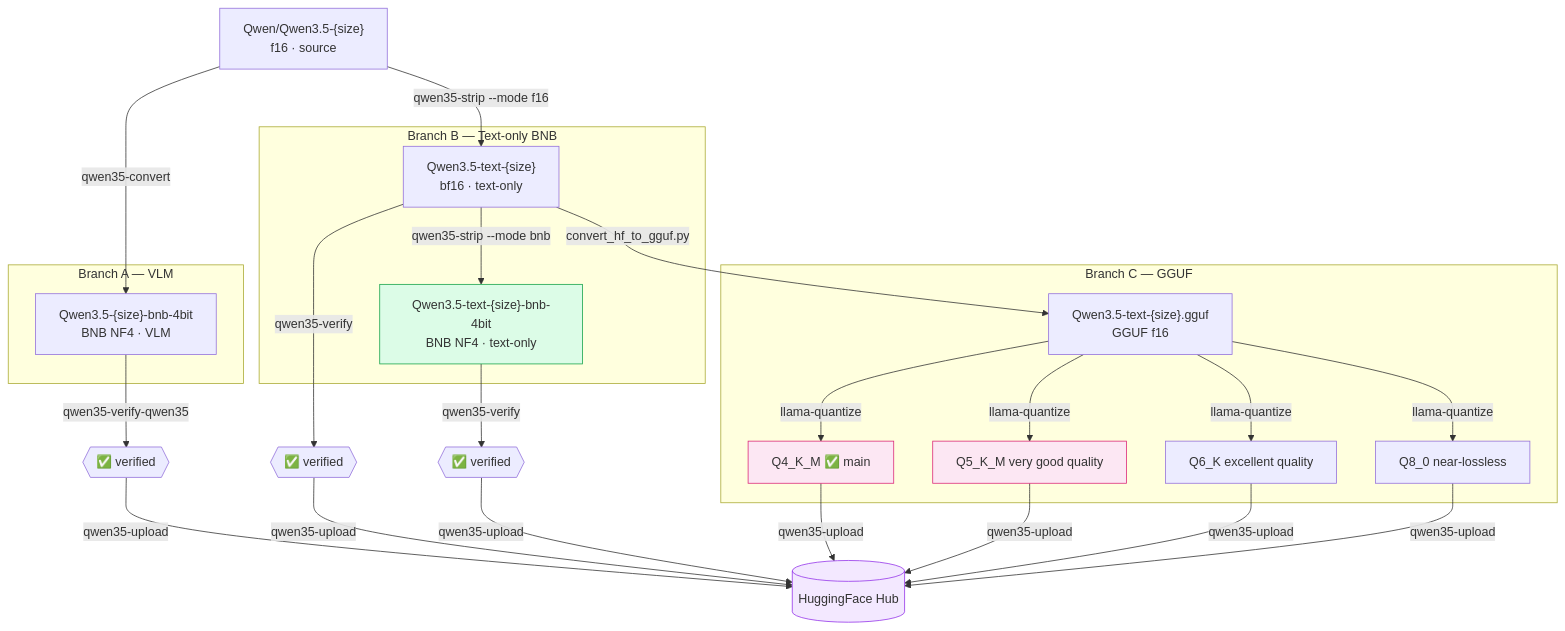
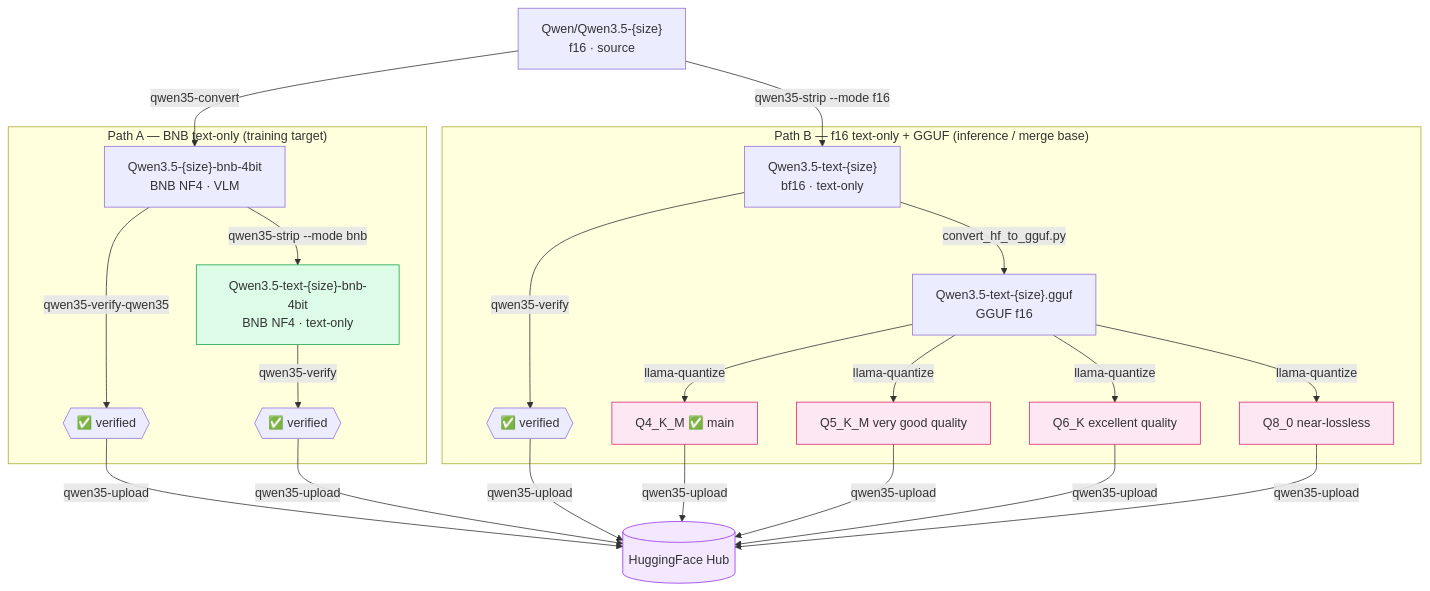
One commit to techwithsergiu/qwen35-toolkit changed the second of 2 diagrams in README.md. Above: the diagram before and after it, drawn with Mermaid. The commit also changed other lines of this file and 6 other files, not shown here.

First line of the commit message:
docs: update pipeline diagram and cross-repo links

````diff
--- a/README.md
+++ b/README.md
@@ -144,47 +154,49 @@
 ```mermaid
 flowchart TD
     SRC["Qwen/Qwen3.5-{size}<br/>f16 · source"]
 
-    subgraph BRANCH_A ["Branch A — VLM"]
+    subgraph PATH_A ["Path A — BNB text-only  (training target)"]
         BNBVLM["Qwen3.5-{size}-bnb-4bit<br/>BNB NF4 · VLM"]
+        TEXTBNB["Qwen3.5-text-{size}-bnb-4bit<br/>BNB NF4 · text-only"]
+        V1{{"✅ verified"}}
+        V3{{"✅ verified"}}
+        BNBVLM -->|"qwen35-strip --mode bnb"| TEXTBNB
+        BNBVLM -->|"qwen35-verify-qwen35"| V1
+        TEXTBNB -->|"qwen35-verify"| V3
     end
 
-    subgraph BRANCH_B ["Branch B — Text-only BNB"]
+    subgraph PATH_B ["Path B — f16 text-only + GGUF  (inference / merge base)"]
         TEXTF16["Qwen3.5-text-{size}<br/>bf16 · text-only"]
-        TEXTBNB["Qwen3.5-text-{size}-bnb-4bit<br/>BNB NF4 · text-only"]
-        TEXTF16 -->|"qwen35-strip --mode bnb"| TEXTBNB
-    end
-
-    subgraph BRANCH_C ["Branch C — GGUF"]
+        V2{{"✅ verified"}}
         GGUUF16["Qwen3.5-text-{size}.gguf<br/>GGUF f16"]
         Q4["Q4_K_M ✅ main"]
         Q5KM["Q5_K_M very good quality"]
         Q6K["Q6_K excellent quality"]
         Q8["Q8_0 near-lossless"]
+        TEXTF16 -->|"qwen35-verify"| V2
+        TEXTF16 -->|"convert_hf_to_gguf.py"| GGUUF16
         GGUUF16 -->|"llama-quantize"| Q4
         GGUUF16 -->|"llama-quantize"| Q5KM
         GGUUF16 -->|"llama-quantize"| Q6K
         GGUUF16 -->|"llama-quantize"| Q8
     end
 
+    HUB[("HuggingFace Hub")]
+
     SRC -->|"qwen35-convert"| BNBVLM
     SRC -->|"qwen35-strip --mode f16"| TEXTF16
-    TEXTF16 -->|"convert_hf_to_gguf.py"| GGUUF16
-
-    BNBVLM -->|"qwen35-verify-qwen35"| V1{{"✅ verified"}}
-    TEXTF16 -->|"qwen35-verify"| V2{{"✅ verified"}}
-    TEXTBNB -->|"qwen35-verify"| V3{{"✅ verified"}}
-
-    V1 -->|"qwen35-upload"| HUB[("HuggingFace Hub")]
+    V1 -->|"qwen35-upload"| HUB
+    V3 -->|"qwen35-upload"| HUB
     V2 -->|"qwen35-upload"| HUB
-    V3 -->|"qwen35-upload"| HUB
-    Q4  -->|"qwen35-upload"| HUB
+    Q4   -->|"qwen35-upload"| HUB
     Q5KM -->|"qwen35-upload"| HUB
     Q6K  -->|"qwen35-upload"| HUB
-    Q8  -->|"qwen35-upload"| HUB
+    Q8   -->|"qwen35-upload"| HUB
 
     style TEXTBNB fill:#dcfce7,stroke:#16a34a
-    style Q4  fill:#fce7f3,stroke:#db2777
-    style Q5KM fill:#fce7f3,stroke:#db2777
-    style HUB     fill:#f3e8ff,stroke:#9333ea
+    style Q4     fill:#fce7f3,stroke:#db2777
+    style Q5KM   fill:#fce7f3,stroke:#db2777
+    style Q6K    fill:#fce7f3,stroke:#db2777
+    style Q8     fill:#fce7f3,stroke:#db2777
+    style HUB    fill:#f3e8ff,stroke:#9333ea
 ```
````
